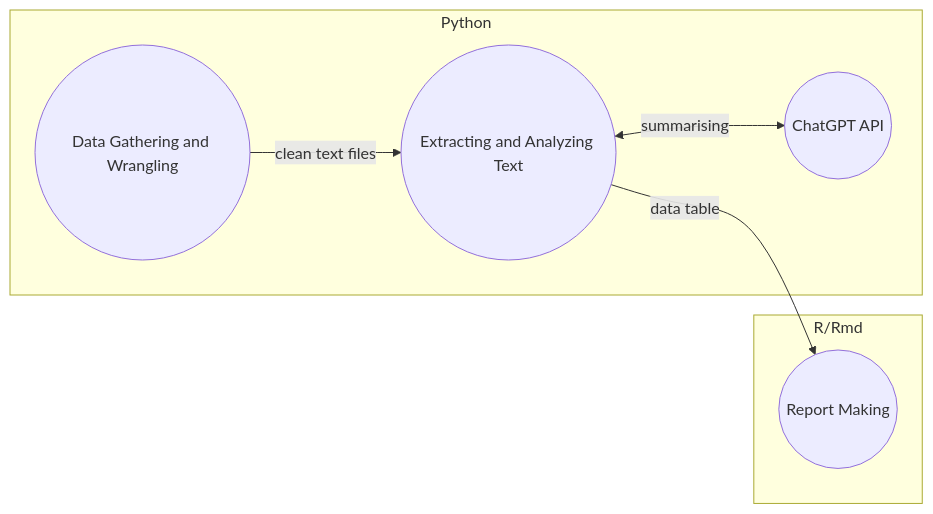
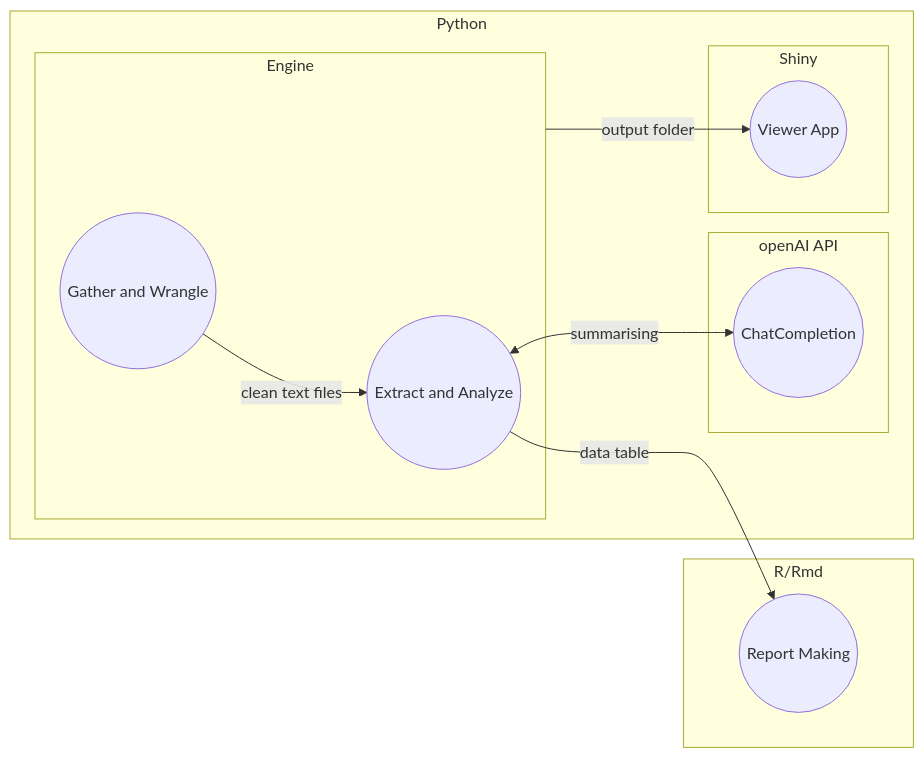
Before and after one commit to 1jamesthompson1/TAIC-report-summary: the diagram in README.md, drawn with Mermaid. The commit also changed other lines of this file and 1 other file, not shown here.

````diff
--- a/README.md
+++ b/README.md
@@ -23,16 +27,27 @@
 ```mermaid
 graph LR
     subgraph Python
-        A((Data Gathering and Wrangling))
-        B((Extracting and Analyzing Text))
-        D((ChatGPT API))
+        subgraph Engine
+            A((Gather and Wrangle))
+            B((Extract and Analyze))
+        end
+
+        subgraph openAI API
+            D((ChatCompletion))
+        end
+        
+
+        subgraph Shiny
+            E((Viewer App))
+        end
     end
 
     subgraph R/Rmd
         C((Report Making))
     end
 
     A -->|clean text files| B
     B <-->|summarising| D
     B -->|data table| C
+    Engine --->|output folder| E
 ```
````
